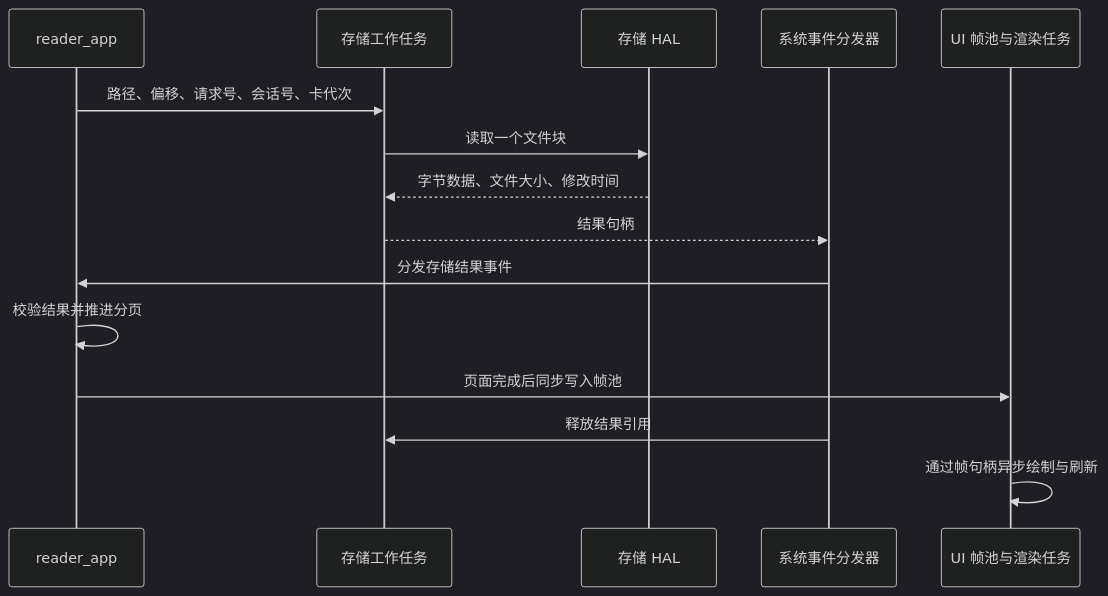
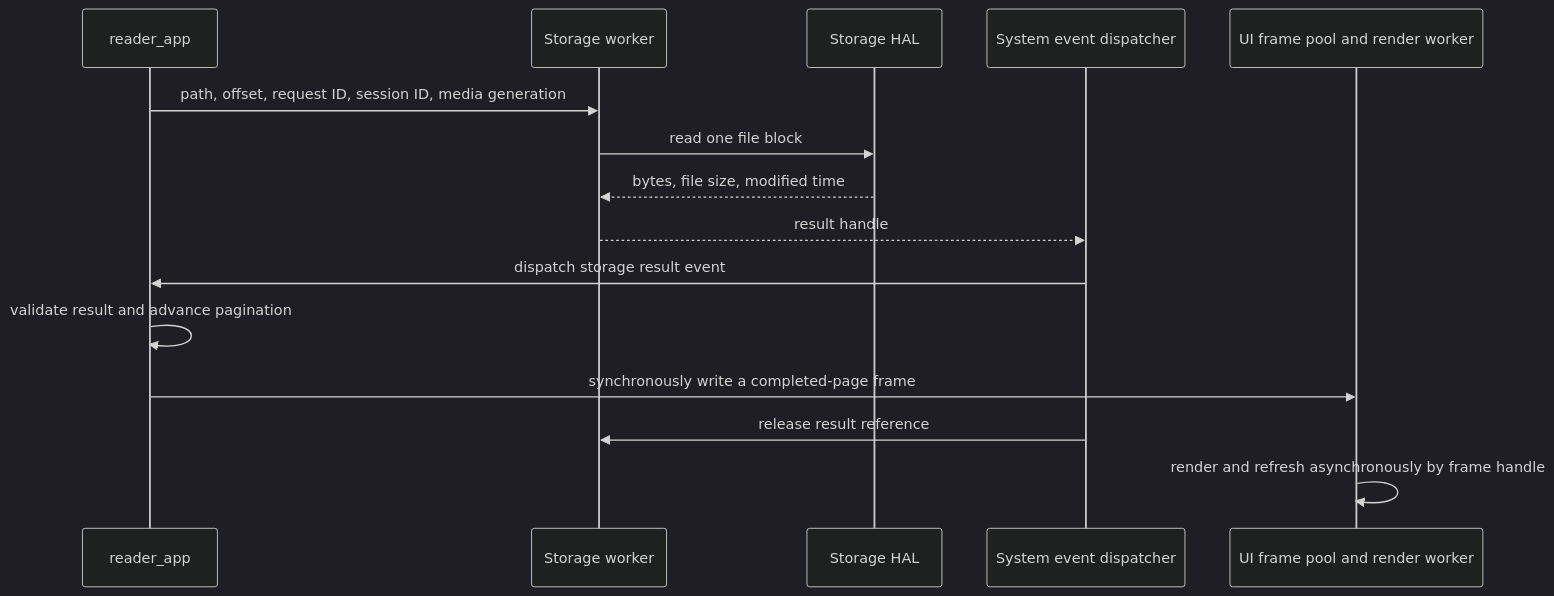
The diagram in Docs/txt_reader.md (LuoIsHere/SeeSeeBook), drawn with Mermaid (dark theme) before and after one commit. The commit also changed other lines of this file and 21 other files, not shown here.

````diff
--- a/Docs/txt_reader.md
+++ b/Docs/txt_reader.md
@@ -34,17 +34,17 @@
 ```mermaid
 sequenceDiagram
     participant App as reader_app
-    participant Storage as 存储工作任务
-    participant HAL as 存储 HAL
-    participant System as 系统事件分发器
-    participant UI as UI 帧池与渲染任务
-    App->>Storage: 路径、偏移、请求号、会话号、卡代次
-    Storage->>HAL: 读取一个文件块
-    HAL-->>Storage: 字节数据、文件大小、修改时间
-    Storage-->>System: 结果句柄
-    System->>App: 分发存储结果事件
-    App->>App: 校验结果并推进分页
-    App->>UI: 页面完成后同步写入帧池
-    System->>Storage: 释放结果引用
-    UI->>UI: 通过帧句柄异步绘制与刷新
+    participant Storage as Storage worker
+    participant HAL as Storage HAL
+    participant System as System event dispatcher
+    participant UI as UI frame pool and render worker
+    App->>Storage: path, offset, request ID, session ID, media generation
+    Storage->>HAL: read one file block
+    HAL-->>Storage: bytes, file size, modified time
+    Storage-->>System: result handle
+    System->>App: dispatch storage result event
+    App->>App: validate result and advance pagination
+    App->>UI: synchronously write a completed-page frame
+    System->>Storage: release result reference
+    UI->>UI: render and refresh asynchronously by frame handle
 ```
````
